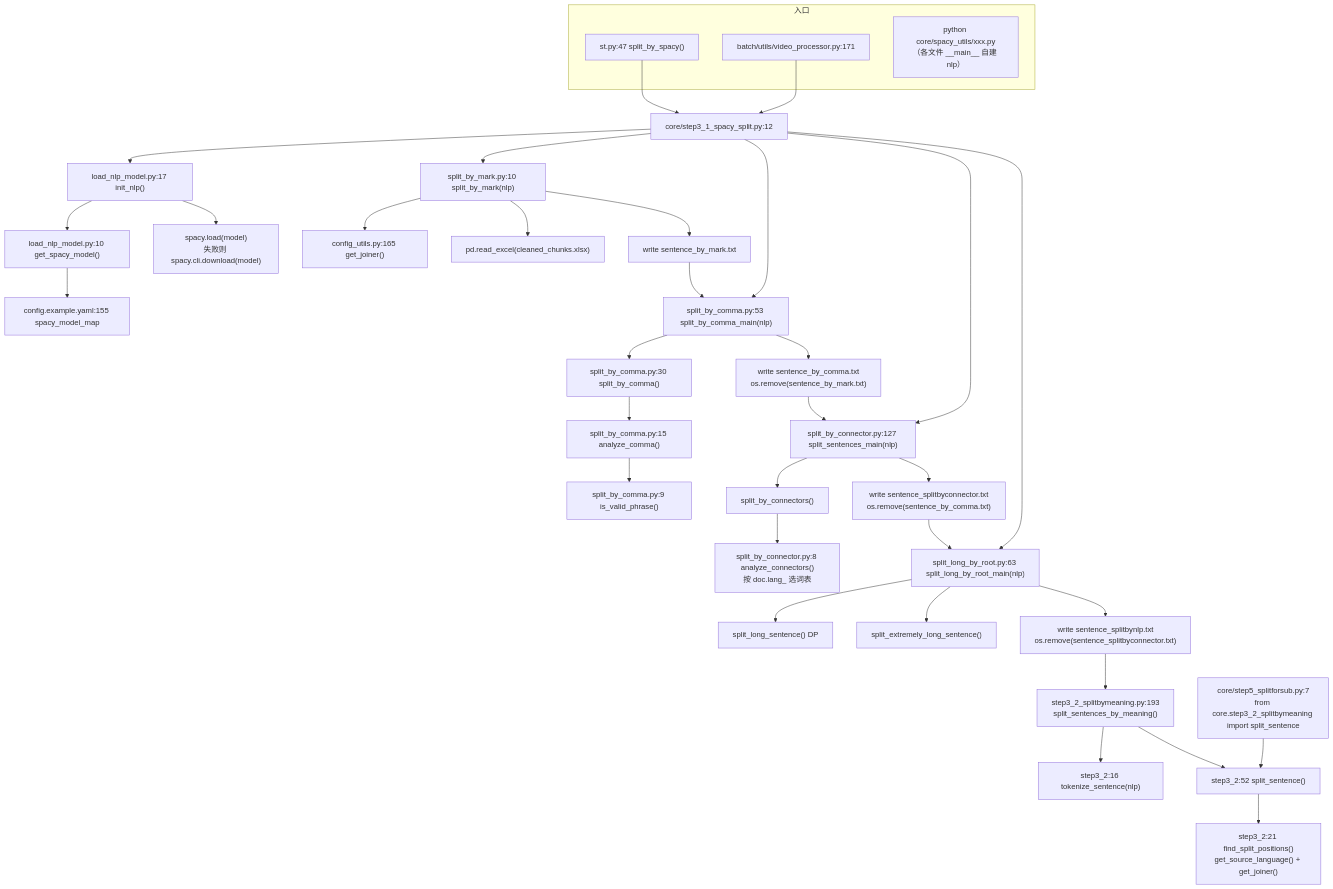
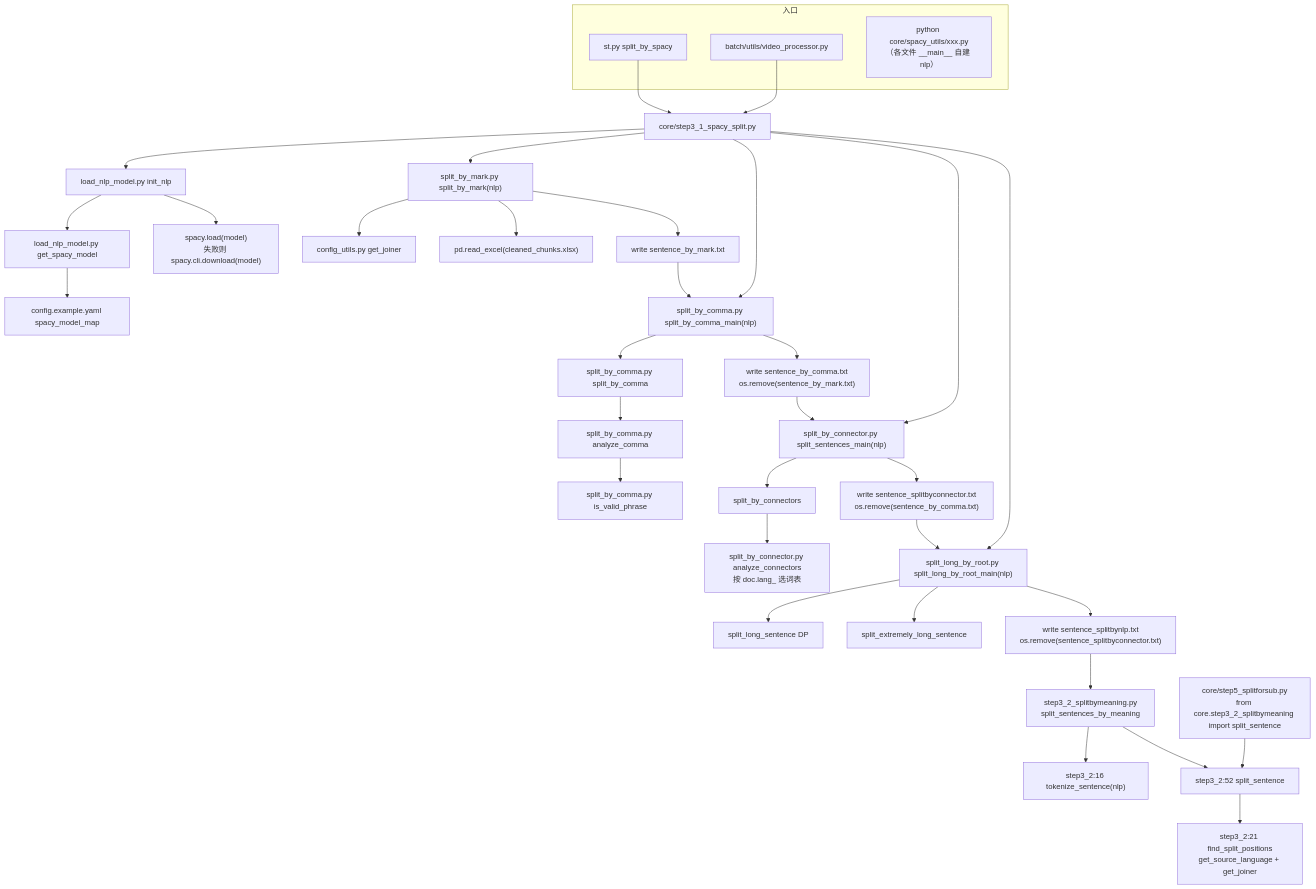
Before and after one commit to Brzjomo/VideoLingoMove: the diagram in devdocs/03-subsystems/04-NLP切分工具.md, drawn with Mermaid. The commit also changed other lines of this file and 33 other files, not shown here.

````diff
--- a/devdocs/03-subsystems/04-NLP切分工具.md
+++ b/devdocs/03-subsystems/04-NLP切分工具.md
@@ -43,44 +43,44 @@
 ```mermaid
 flowchart TD
-    subgraph ENT["入口"]
-        ST["st.py:47 split_by_spacy()"]
-        BP["batch/utils/video_processor.py:171"]
-        STD["python core/spacy_utils/xxx.py<br/>（各文件 __main__ 自建 nlp）"]
-    end
-    ST --> S1["core/step3_1_spacy_split.py:12"]
-    BP --> S1
-    S1 --> INIT["load_nlp_model.py:17 init_nlp()"]
-    INIT --> GSM["load_nlp_model.py:10 get_spacy_model()"]
-    GSM --> MAP["config.example.yaml:155 spacy_model_map"]
-    INIT --> LOAD["spacy.load(model)<br/>失败则 spacy.cli.download(model)"]
+ subgraph ENT["入口"]
+ ST["st.py split_by_spacy"]
+ BP["batch/utils/video_processor.py"]
+ STD["python core/spacy_utils/xxx.py<br/>（各文件 __main__ 自建 nlp）"]
+ end
+ ST --> S1["core/step3_1_spacy_split.py"]
+ BP --> S1
+ S1 --> INIT["load_nlp_model.py init_nlp"]
+ INIT --> GSM["load_nlp_model.py get_spacy_model"]
+ GSM --> MAP["config.example.yaml spacy_model_map"]
+ INIT --> LOAD["spacy.load(model)<br/>失败则 spacy.cli.download(model)"]
 
-    S1 --> M["split_by_mark.py:10 split_by_mark(nlp)"]
-    M --> CJ["config_utils.py:165 get_joiner()"]
-    M --> RD["pd.read_excel(cleaned_chunks.xlsx)"]
-    M --> W1["write sentence_by_mark.txt"]
+ S1 --> M["split_by_mark.py split_by_mark(nlp)"]
+ M --> CJ["config_utils.py get_joiner"]
+ M --> RD["pd.read_excel(cleaned_chunks.xlsx)"]
+ M --> W1["write sentence_by_mark.txt"]
 
-    S1 --> C["split_by_comma.py:53 split_by_comma_main(nlp)"]
-    C --> CB["split_by_comma.py:30 split_by_comma()"]
-    CB --> AC["split_by_comma.py:15 analyze_comma()"]
-    AC --> IV["split_by_comma.py:9 is_valid_phrase()"]
-    W1 --> C
-    C --> W2["write sentence_by_comma.txt<br/>os.remove(sentence_by_mark.txt)"]
+ S1 --> C["split_by_comma.py split_by_comma_main(nlp)"]
+ C --> CB["split_by_comma.py split_by_comma"]
+ CB --> AC["split_by_comma.py analyze_comma"]
+ AC --> IV["split_by_comma.py is_valid_phrase"]
+ W1 --> C
+ C --> W2["write sentence_by_comma.txt<br/>os.remove(sentence_by_mark.txt)"]
 
-    S1 --> N["split_by_connector.py:127 split_sentences_main(nlp)"]
-    N --> NB["split_by_connectors()"]
-    NB --> ANC["split_by_connector.py:8 analyze_connectors()<br/>按 doc.lang_ 选词表"]
-    W2 --> N
-    N --> W3["write sentence_splitbyconnector.txt<br/>os.remove(sentence_by_comma.txt)"]
+ S1 --> N["split_by_connector.py split_sentences_main(nlp)"]
+ N --> NB["split_by_connectors"]
+ NB --> ANC["split_by_connector.py analyze_connectors<br/>按 doc.lang_ 选词表"]
+ W2 --> N
+ N --> W3["write sentence_splitbyconnector.txt<br/>os.remove(sentence_by_comma.txt)"]
 
-    S1 --> R["split_long_by_root.py:63 split_long_by_root_main(nlp)"]
-    R --> RL["split_long_sentence() DP"]
-    R --> RE["split_extremely_long_sentence()"]
-    W3 --> R
-    R --> W4["write sentence_splitbynlp.txt<br/>os.remove(sentence_splitbyconnector.txt)"]
+ S1 --> R["split_long_by_root.py split_long_by_root_main(nlp)"]
+ R --> RL["split_long_sentence DP"]
+ R --> RE["split_extremely_long_sentence"]
+ W3 --> R
+ R --> W4["write sentence_splitbynlp.txt<br/>os.remove(sentence_splitbyconnector.txt)"]
 
-    W4 --> SM["step3_2_splitbymeaning.py:193<br/>split_sentences_by_meaning()"]
-    SM --> TS["step3_2:16 tokenize_sentence(nlp)"]
-    SM --> SS["step3_2:52 split_sentence()"]
-    SS --> FSP["step3_2:21 find_split_positions()<br/>get_source_language() + get_joiner()"]
-    S5["core/step5_splitforsub.py:7<br/>from core.step3_2_splitbymeaning import split_sentence"] --> SS
+ W4 --> SM["step3_2_splitbymeaning.py<br/>split_sentences_by_meaning"]
+ SM --> TS["step3_2:16 tokenize_sentence(nlp)"]
+ SM --> SS["step3_2:52 split_sentence"]
+ SS --> FSP["step3_2:21 find_split_positions<br/>get_source_language + get_joiner"]
+ S5["core/step5_splitforsub.py<br/>from core.step3_2_splitbymeaning import split_sentence"] --> SS
 ```
````
